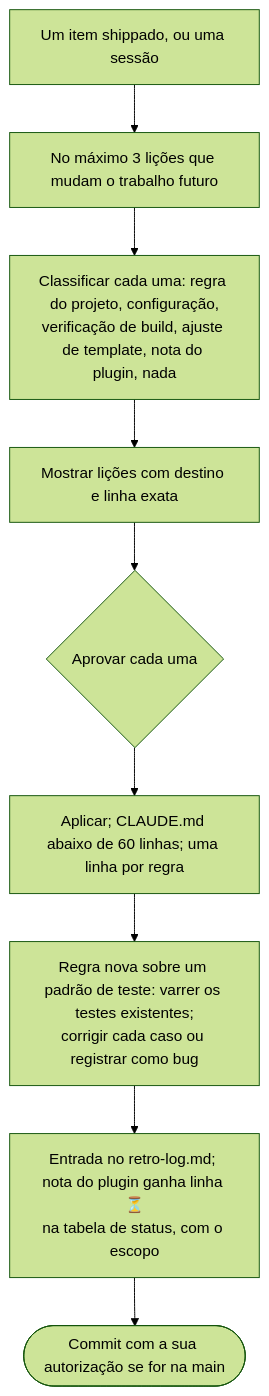
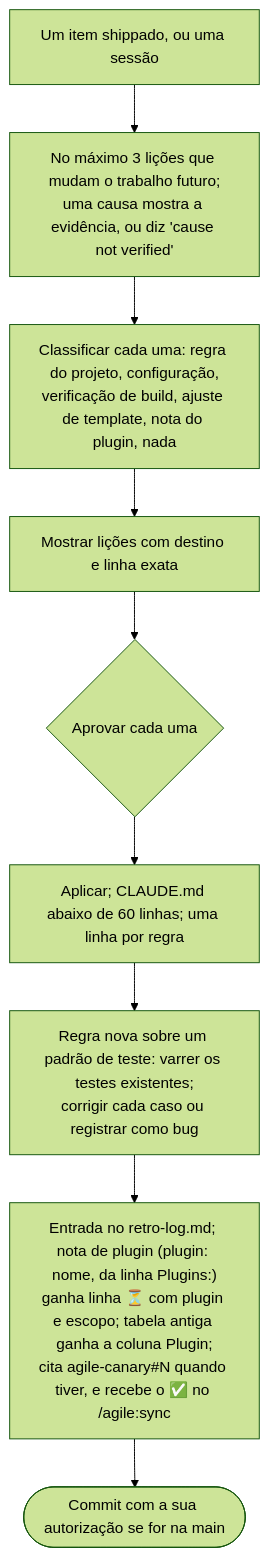
Before and after one commit to alexcanario/simulab: diagram 13 of 18 in docs/agile/workflow.pt-BR.md, drawn with Mermaid (forest theme). The commit also changed other lines of this file and 9 other files, not shown here.

First line of the commit message:
chore: sync with agile@canary 0.0.71

````diff
--- a/docs/agile/workflow.pt-BR.md
+++ b/docs/agile/workflow.pt-BR.md
@@ -1378,11 +1529,11 @@
 ```mermaid
 flowchart TD
-    A["Um item shippado, ou uma sessão"] --> B["No máximo 3 lições que mudam o trabalho futuro"]
+    A["Um item shippado, ou uma sessão"] --> B["No máximo 3 lições que mudam o trabalho futuro;<br/>uma causa mostra a evidência, ou diz 'cause not verified'"]
     B --> C["Classificar cada uma: regra do projeto, configuração,<br/>verificação de build, ajuste de template, nota do plugin, nada"]
     C --> D["Mostrar lições com destino e linha exata"]
     D --> E{"Aprovar cada uma"}
     E --> F["Aplicar; CLAUDE.md abaixo de 60 linhas; uma linha por regra"]
     F --> F2["Regra nova sobre um padrão de teste: varrer os testes existentes;<br/>corrigir cada caso ou registrar como bug"]
-    F2 --> G["Entrada no retro-log.md; nota do plugin ganha linha ⏳<br/>na tabela de status, com o escopo"]
+    F2 --> G["Entrada no retro-log.md; nota de plugin (plugin: nome, da linha Plugins:)<br/>ganha linha ⏳ com plugin e escopo; tabela antiga ganha a coluna Plugin;<br/>cita agile-canary#N quando tiver, e recebe o ✅ no /agile:sync"]
     G --> H(["Commit com a sua autorização se for na main"])
 ```
````
